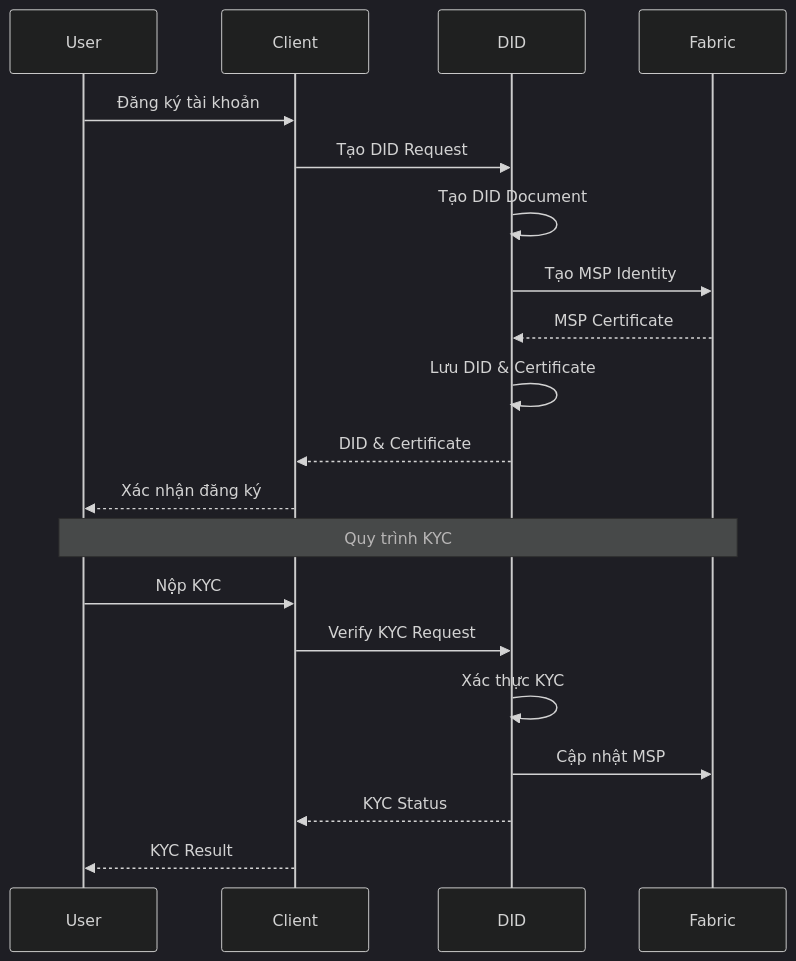
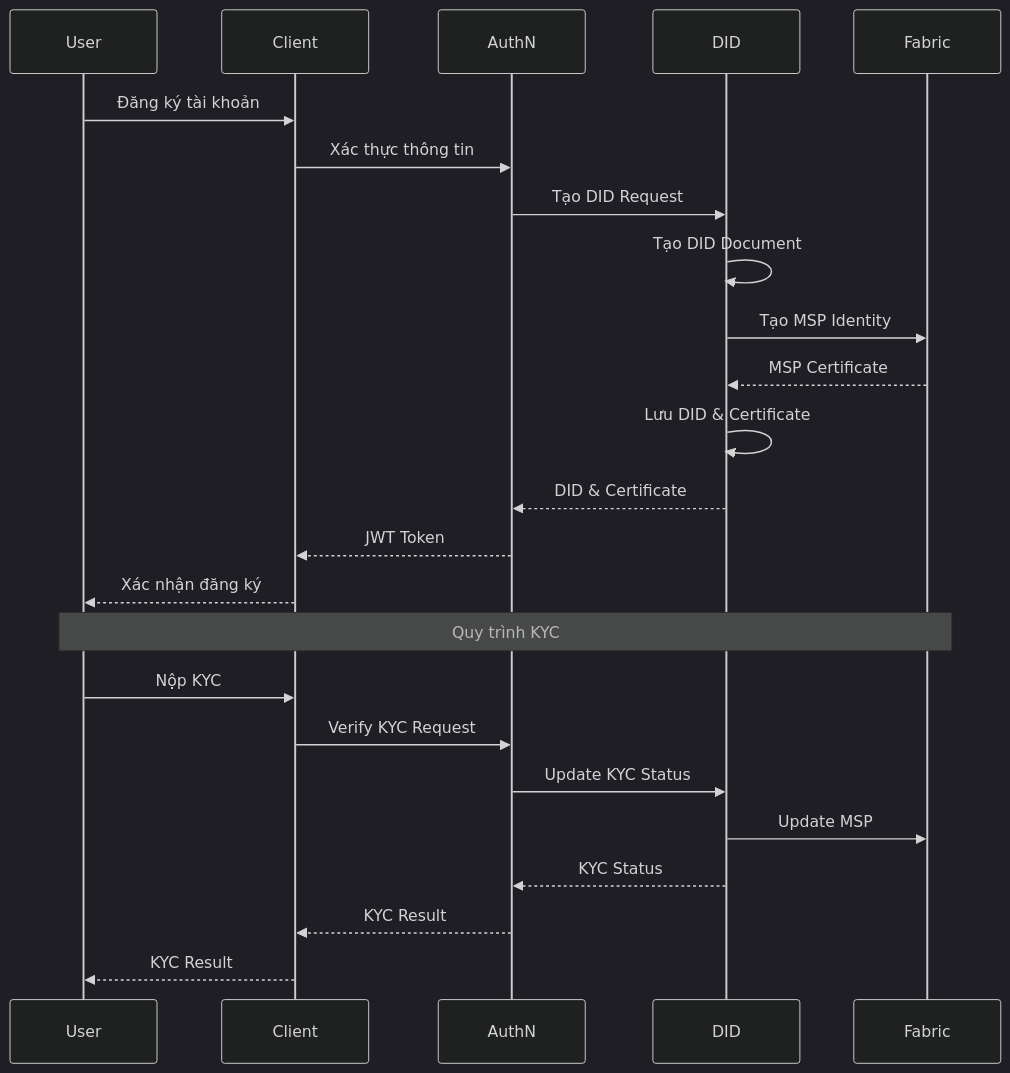
The second of 8 diagrams in docs/rd.vi.md (metafi-blockchain/metafi-digital-assets-service), drawn with Mermaid (dark theme) before and after one commit. The commit also changed other lines of this file, not shown here.

````diff
--- a/docs/rd.vi.md
+++ b/docs/rd.vi.md
@@ -43,24 +64,28 @@
 ```mermaid
 sequenceDiagram
     participant User
     participant Client
+    participant AuthN
     participant DID
     participant Fabric
     
     User->>Client: Đăng ký tài khoản
-    Client->>DID: Tạo DID Request
+    Client->>AuthN: Xác thực thông tin
+    AuthN->>DID: Tạo DID Request
     DID->>DID: Tạo DID Document
     DID->>Fabric: Tạo MSP Identity
     Fabric-->>DID: MSP Certificate
     DID->>DID: Lưu DID & Certificate
-    DID-->>Client: DID & Certificate
+    DID-->>AuthN: DID & Certificate
+    AuthN-->>Client: JWT Token
     Client-->>User: Xác nhận đăng ký
     
     Note over User,Fabric: Quy trình KYC
     User->>Client: Nộp KYC
-    Client->>DID: Verify KYC Request
-    DID->>DID: Xác thực KYC
-    DID->>Fabric: Cập nhật MSP
-    DID-->>Client: KYC Status
+    Client->>AuthN: Verify KYC Request
+    AuthN->>DID: Update KYC Status
+    DID->>Fabric: Update MSP
+    DID-->>AuthN: KYC Status
+    AuthN-->>Client: KYC Result
     Client-->>User: KYC Result
 ```
````
